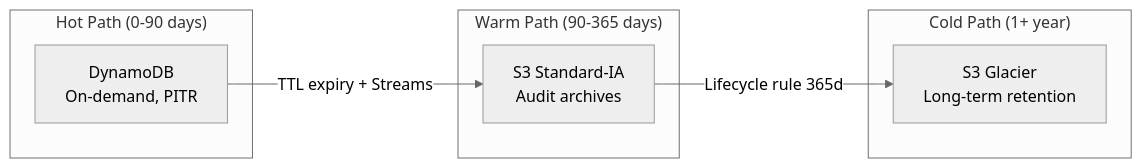
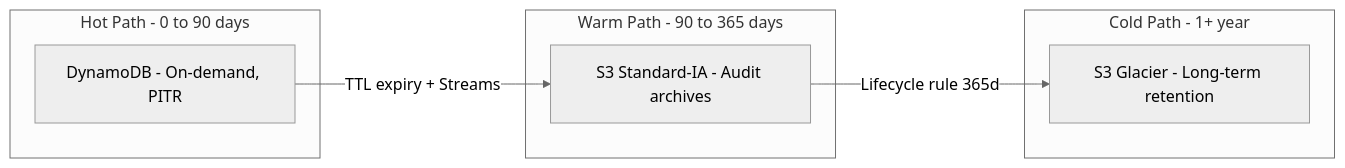
The third of 7 diagrams in docs/architecture/system-map.md (mrogers1-dot/ODOT-AWS-ForgeAdmin), drawn with Mermaid (neutral theme) before and after one commit. The commit also changed other lines of this file, not shown here.

Commit message:
docs: add updated documentation for diagrams

````diff
--- a/docs/architecture/system-map.md
+++ b/docs/architecture/system-map.md
@@ -315,17 +306,17 @@
 ```mermaid
 graph LR
-    subgraph Hot["Hot Path (0-90 days)"]
-        DDB[DynamoDB<br/>On-demand, PITR]
+    subgraph Hot["Hot Path - 0 to 90 days"]
+        DDB["DynamoDB - On-demand, PITR"]
     end
 
-    subgraph Warm["Warm Path (90-365 days)"]
-        S3_IA[S3 Standard-IA<br/>Audit archives]
+    subgraph Warm["Warm Path - 90 to 365 days"]
+        S3IA["S3 Standard-IA - Audit archives"]
     end
 
-    subgraph Cold["Cold Path (1+ year)"]
-        GLACIER[S3 Glacier<br/>Long-term retention]
+    subgraph Cold["Cold Path - 1+ year"]
+        GLACIER["S3 Glacier - Long-term retention"]
     end
 
-    DDB -->|TTL expiry + Streams| S3_IA
-    S3_IA -->|Lifecycle rule 365d| GLACIER
+    DDB -->|"TTL expiry + Streams"| S3IA
+    S3IA -->|"Lifecycle rule 365d"| GLACIER
 ```
````
